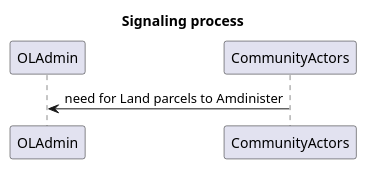
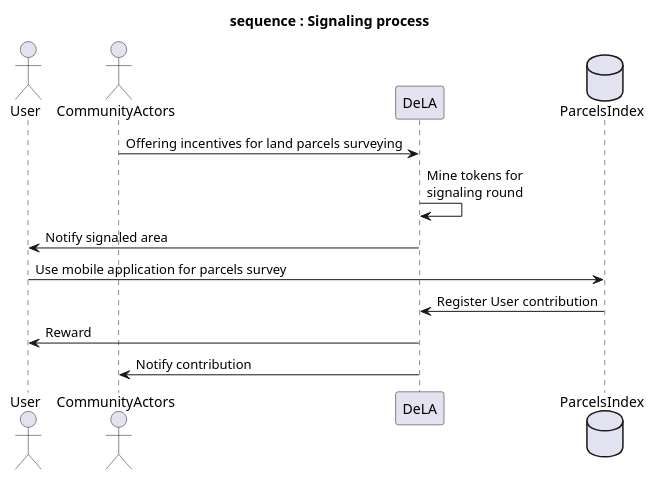
Before and after one commit to enlight-me/decentralized-land-admin: the diagram in docs/diagrams/src/sequence-signaling.wsd, drawn with PlantUML. The commit also changed 17 other files, not shown here.

```diff
--- a/docs/diagrams/src/sequence-signaling.wsd
+++ b/docs/diagrams/src/sequence-signaling.wsd
@@ -1,8 +1,17 @@
-@startuml
-title Signaling process
-participant OLAdmin
-participant CommunityActors
+@startuml seq-signaling
+title sequence : Signaling process
+actor User
+actor CommunityActors
+participant DeLA
+database ParcelsIndex
 
-CommunityActors -> OLAdmin : need for Land parcels to Amdinister
-' use mobile application for parcels survey  
+
+CommunityActors -> DeLA : Offering incentives for land parcels surveying 
+DeLA -> DeLA : Mine tokens for \nsignaling round  
+DeLA -> User : Notify signaled area
+User -> ParcelsIndex : Use mobile application for parcels survey 
+ParcelsIndex -> DeLA : Register User contribution
+DeLA -> User : Reward
+DeLA -> CommunityActors : Notify contribution
+
 @enduml
```
